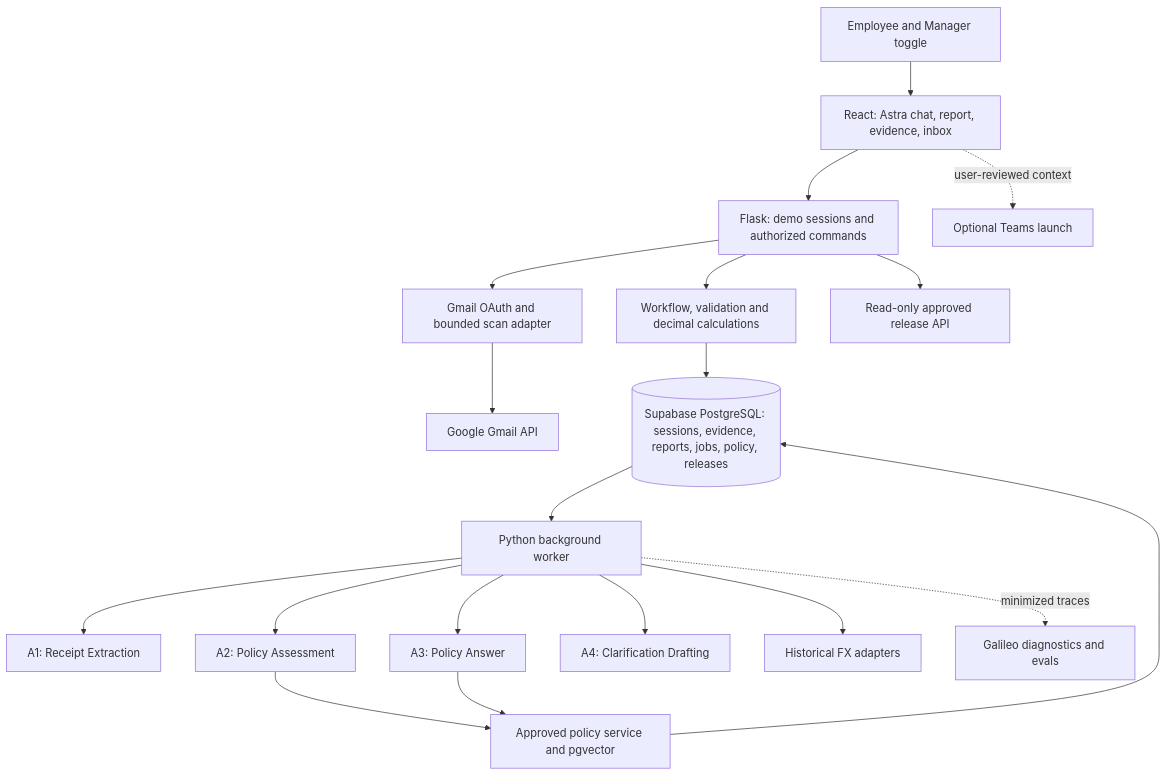
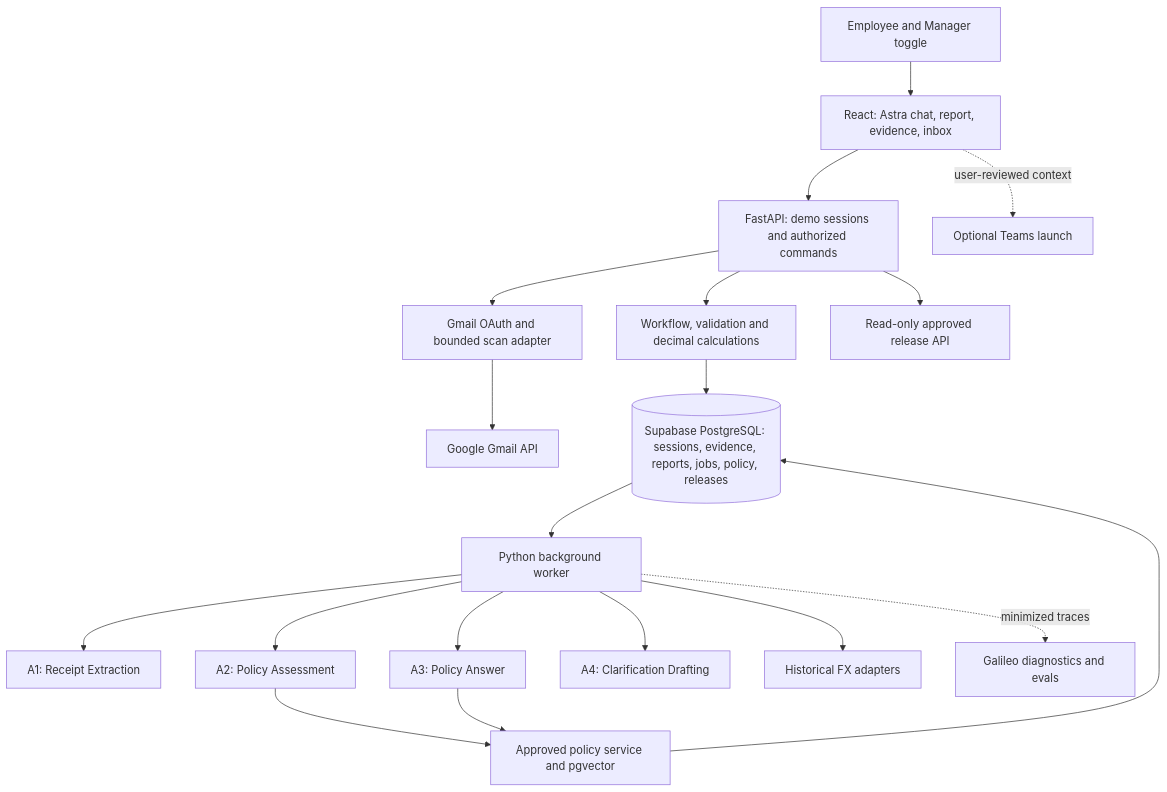
Before and after one commit to abanerjee23/Scout: the diagram in Architecture.md, drawn with Mermaid. The commit also changed other lines of this file and 40 other files, not shown here.

Commit message:
Implement Phase 1A report workspace on FastAPI and PostgreSQL

````diff
--- a/Architecture.md
+++ b/Architecture.md
@@ -15,21 +17,21 @@
 ```mermaid
 flowchart TD
     U[Employee and Manager toggle] --> UI[React: Astra chat, report, evidence, inbox]
-    UI --> API[Flask: demo sessions and authorized commands]
+    UI --> API[FastAPI: demo sessions and authorized commands]
     API --> WF[Workflow, validation and decimal calculations]
     API --> GM[Gmail OAuth and bounded scan adapter]
     GM --> G[Google Gmail API]
     WF --> DB[(Supabase PostgreSQL: sessions, evidence, reports, jobs, policy, releases)]
     DB --> W[Python background worker]
     W --> A1[A1: Receipt Extraction]
     W --> A2[A2: Policy Assessment]
     W --> A3[A3: Policy Answer]
     W --> A4[A4: Clarification Drafting]
     A2 --> P[Approved policy service and pgvector]
     A3 --> P
     P --> DB
     W --> FX[Historical FX adapters]
     W -. minimized traces .-> OBS[Galileo diagnostics and evals]
     API --> OUT[Read-only approved release API]
     UI -. user-reviewed context .-> T[Optional Teams launch]
 ```
````
